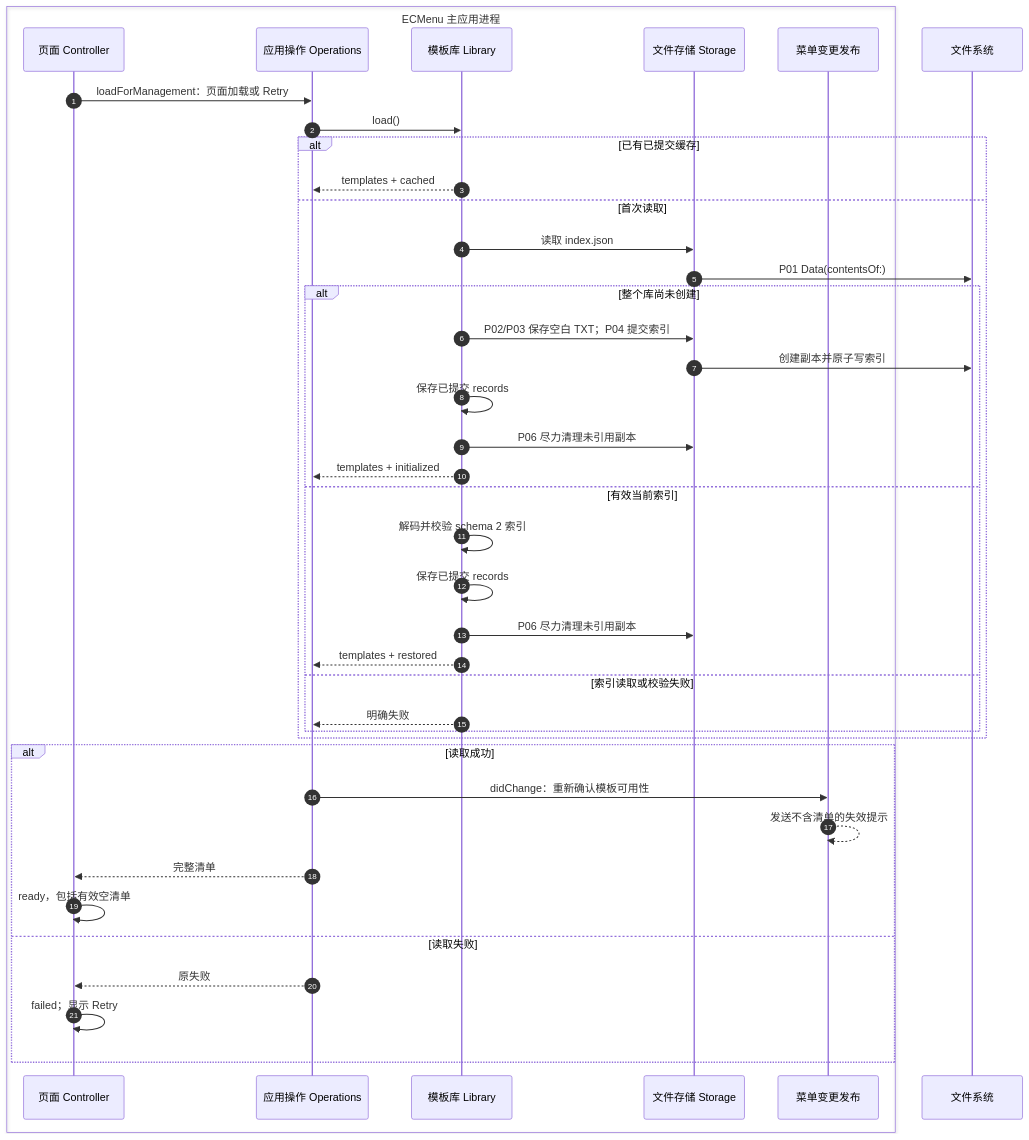
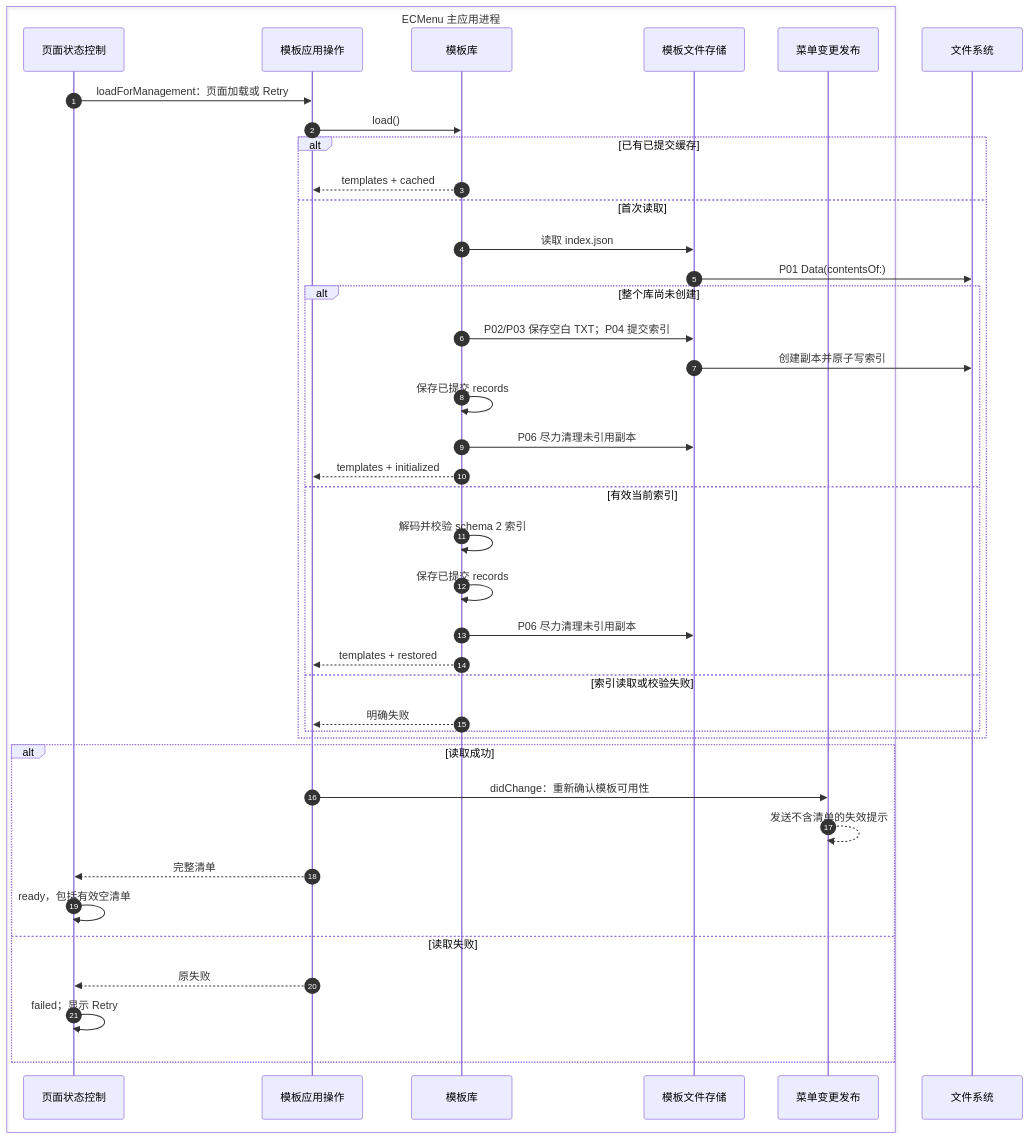
The first of 3 diagrams in spec/Technical/Features/NewFileTemplates/Flows.md (tlb-22/mac-tool-ecmenu), drawn with Mermaid before and after one commit. The commit also changed other lines of this file and 38 other files, not shown here.

````diff
--- a/spec/Technical/Features/NewFileTemplates/Flows.md
+++ b/spec/Technical/Features/NewFileTemplates/Flows.md
@@ -7,43 +7,43 @@
 ```mermaid
 sequenceDiagram
     autonumber
     box ECMenu 主应用进程
-        participant C as 页面 Controller
-        participant O as 应用操作 Operations
-        participant L as 模板库 Library
-        participant S as 文件存储 Storage
+        participant C as 页面状态控制
+        participant O as 模板应用操作
+        participant L as 模板库
+        participant S as 模板文件存储
         participant P as 菜单变更发布
     end
     participant D as 文件系统
     C->>O: loadForManagement：页面加载或 Retry
     O->>L: load()
     alt 已有已提交缓存
         L-->>O: templates + cached
     else 首次读取
         L->>S: 读取 index.json
         S->>D: P01 Data(contentsOf:)
         alt 整个库尚未创建
             L->>S: P02/P03 保存空白 TXT；P04 提交索引
             S->>D: 创建副本并原子写索引
             L->>L: 保存已提交 records
             L->>S: P06 尽力清理未引用副本
             L-->>O: templates + initialized
         else 有效当前索引
             L->>L: 解码并校验 schema 2 索引
             L->>L: 保存已提交 records
             L->>S: P06 尽力清理未引用副本
             L-->>O: templates + restored
         else 索引读取或校验失败
             L-->>O: 明确失败
         end
     end
     alt 读取成功
         O->>P: didChange：重新确认模板可用性
         P-->>P: 发送不含清单的失效提示
         O-->>C: 完整清单
         C->>C: ready，包括有效空清单
     else 读取失败
         O-->>C: 原失败
         C->>C: failed；显示 Retry
     end
 ```
````
